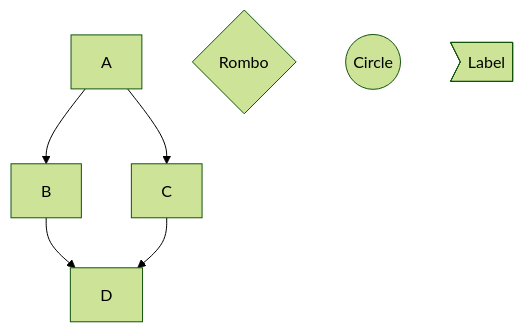
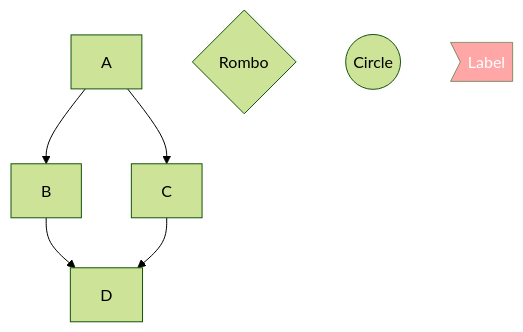
One commit to danielurra/mermaid changed the diagram in README.md. Above: the diagram before and after it, drawn with Mermaid (forest theme).

````diff
--- a/README.md
+++ b/README.md
@@ -8,10 +8,11 @@
 ```mermaid
   graph TD;
       A-->B;
       A-->C;
       B-->D;
       C-->D;
       st{Rombo};
       good((Circle));
       en>Label];
+      style en fill:red,fill-opacity:0.35,color:#FFFFFF,stroke-opacity:0.2;
 ```
````
